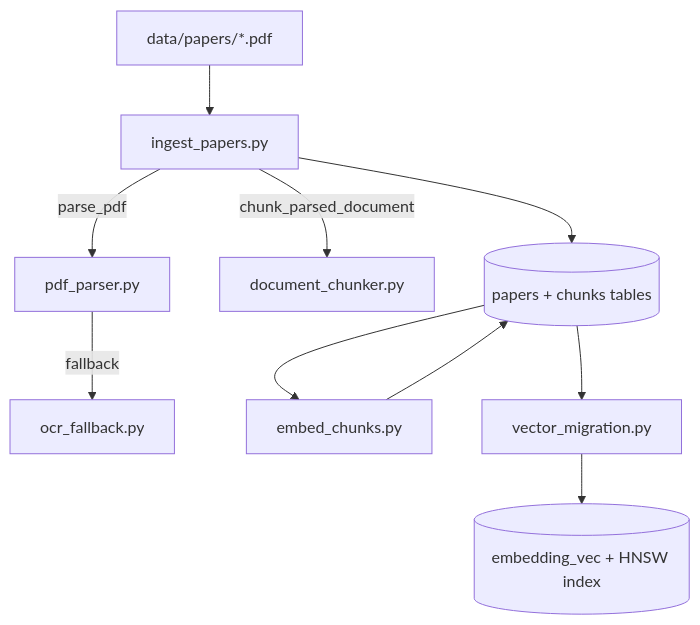
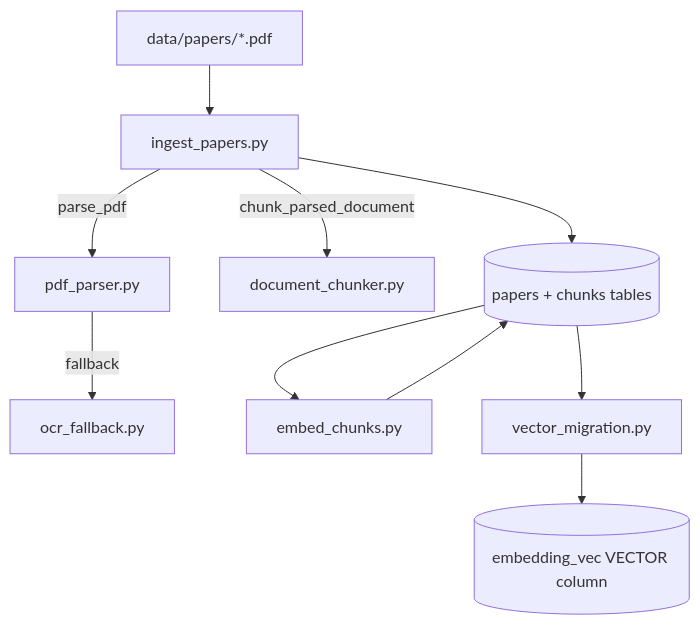
The second of 5 diagrams in docs/PIPELINE.md (anistondeveloperteam-ANT/Audio-research-assistant), drawn with Mermaid before and after one commit. The commit also changed other lines of this file and 20 other files, not shown here.

````diff
--- a/docs/PIPELINE.md
+++ b/docs/PIPELINE.md
@@ -74,12 +74,12 @@
 ```mermaid
 flowchart TD
     P[data/papers/*.pdf] --> S1[ingest_papers.py]
     S1 -->|parse_pdf| PARSE[pdf_parser.py]
     PARSE -->|fallback| OCR[ocr_fallback.py]
     S1 -->|chunk_parsed_document| CH[document_chunker.py]
     S1 --> DB[(papers + chunks tables)]
     DB --> S2[embed_chunks.py]
     S2 --> DB
     DB --> S3[vector_migration.py]
-    S3 --> HNSW[(embedding_vec + HNSW index)]
+    S3 --> VEC[(embedding_vec VECTOR column)]
 ```
````
